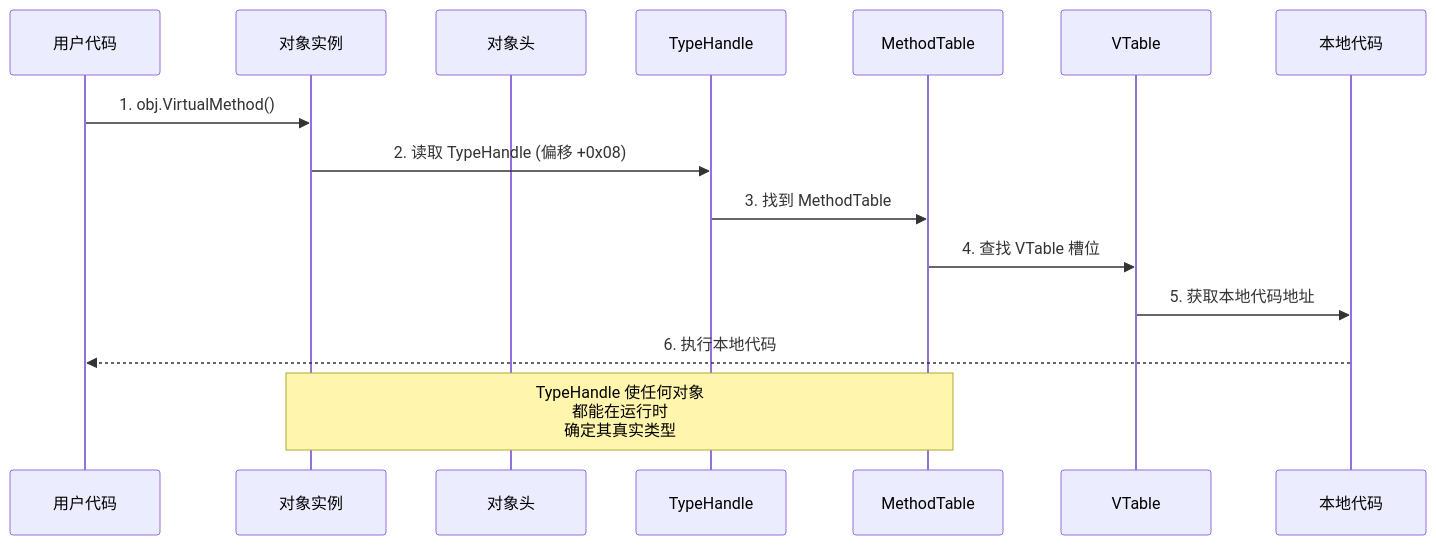
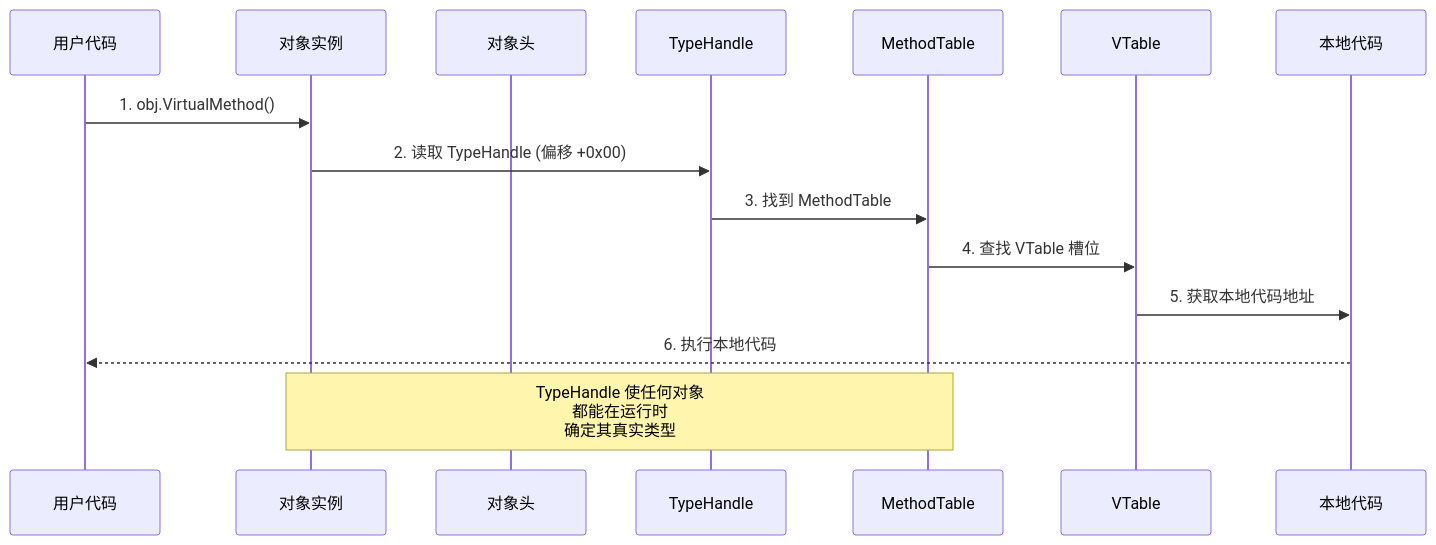
One commit to moklgydocs/moklgydocs.github.io changed the fifth of 9 diagrams in src/后端开发/CSharp/CLR深度/02_对象与类型原理/01_对象内存布局与同步块.md. Above: the diagram before and after it, drawn with Mermaid. The commit also changed other lines of this file and 32 other files, not shown here.

````diff
--- a/src/后端开发/CSharp/CLR深度/02_对象与类型原理/01_对象内存布局与同步块.md
+++ b/src/后端开发/CSharp/CLR深度/02_对象与类型原理/01_对象内存布局与同步块.md
@@ -346,19 +346,19 @@
 ```mermaid
 sequenceDiagram
     participant Code as 用户代码
     participant Obj as 对象实例
     participant OH as 对象头
     participant TH as TypeHandle
     participant MT as MethodTable
     participant VT as VTable
     participant Native as 本地代码
 
     Code->>Obj: 1. obj.VirtualMethod()
-    Obj->>TH: 2. 读取 TypeHandle (偏移 +0x08)
+    Obj->>TH: 2. 读取 TypeHandle (偏移 +0x00)
     TH->>MT: 3. 找到 MethodTable
     MT->>VT: 4. 查找 VTable 槽位
     VT->>Native: 5. 获取本地代码地址
     Native-->>Code: 6. 执行本地代码
 
     Note over Obj,MT: TypeHandle 使任何对象<br/>都能在运行时<br/>确定其真实类型
 ```
````
